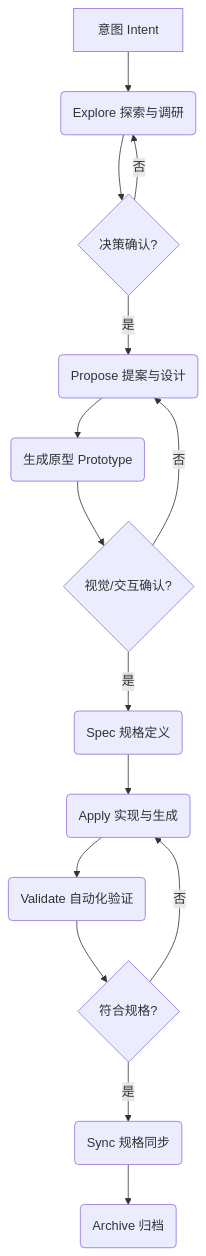
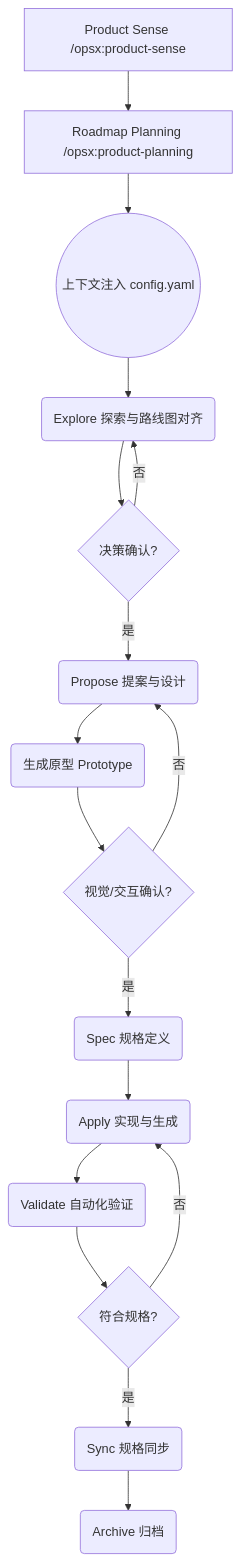
One commit to jkang/openspec-example changed the diagram in learning-sdd/openspec-ai-workflow-analysis.md. Above: the diagram before and after it, drawn with Mermaid. The commit also changed other lines of this file and 7 other files, not shown here.

````diff
--- a/learning-sdd/openspec-ai-workflow-analysis.md
+++ b/learning-sdd/openspec-ai-workflow-analysis.md
@@ -7,17 +7,19 @@
 ```mermaid
 graph TD
-    A[意图 Intent] --> B(Explore 探索与调研)
+    Sense[Product Sense /opsx:product-sense] --> Plan[Roadmap Planning /opsx:product-planning]
+    Plan --> Context((上下文注入 config.yaml))
+    Context --> B(Explore 探索与路线图对齐)
     B --> C{决策确认?}
     C -- 否 --> B
     C -- 是 --> D(Propose 提案与设计)
     D --> E(生成原型 Prototype)
     E --> F{视觉/交互确认?}
     F -- 否 --> D
     F -- 是 --> G(Spec 规格定义)
     G --> H(Apply 实现与生成)
     H --> I(Validate 自动化验证)
     I --> J{符合规格?}
     J -- 否 --> H
     J -- 是 --> K(Sync 规格同步)
     K --> L(Archive 归档)
 ```
````
